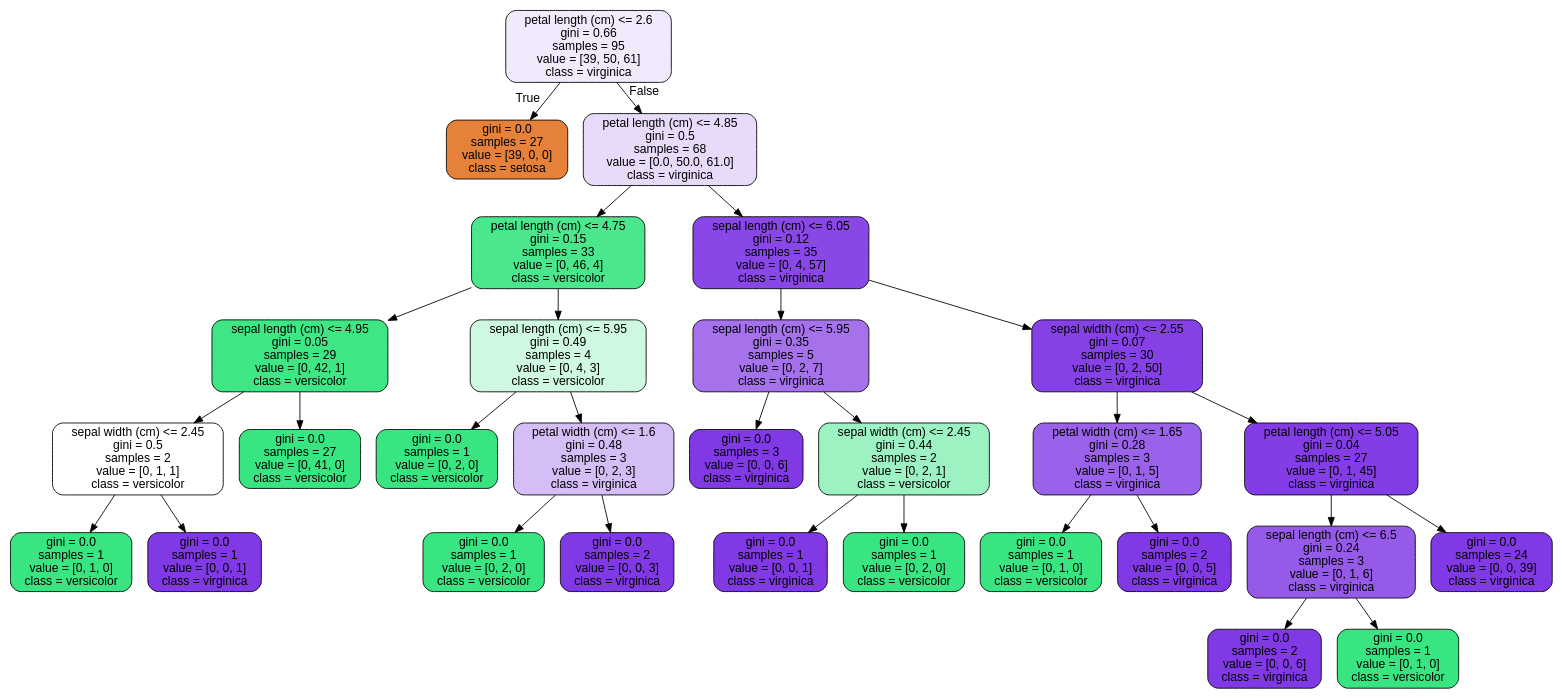
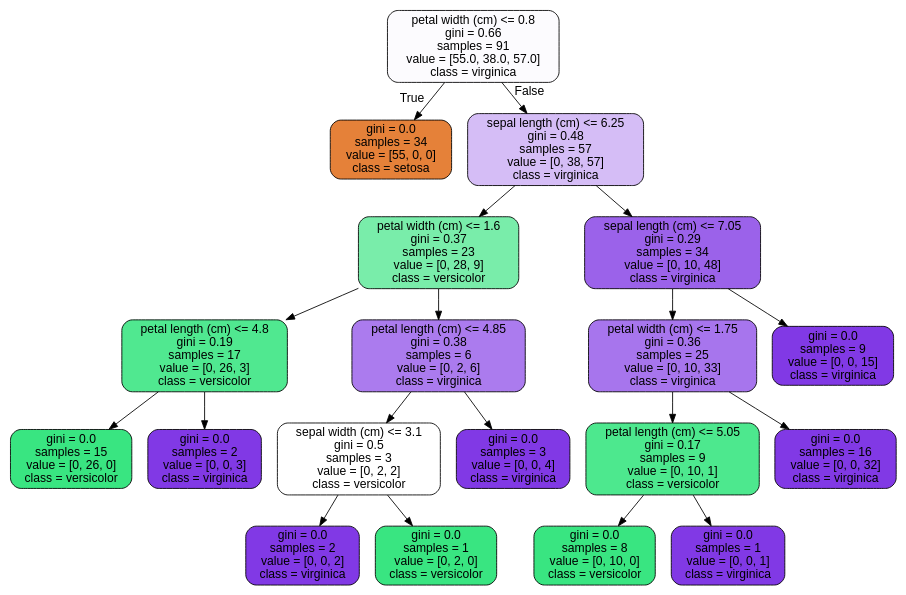
Before and after one commit to blue-santa/sprinboard-data-science-2026: the diagram in 14-supervised-learning/04-ensemble-methods-and-random-forest/tree.dot, drawn with Graphviz. The commit also changed 2 other files, not shown here.

```diff
--- a/14-supervised-learning/04-ensemble-methods-and-random-forest/tree.dot
+++ b/14-supervised-learning/04-ensemble-methods-and-random-forest/tree.dot
@@ -1,61 +1,41 @@
 digraph Tree {
 node [shape=box, style="filled, rounded", color="black", fontname="helvetica"] ;
 edge [fontname="helvetica"] ;
-0 [label="petal length (cm) <= 2.6\ngini = 0.66\nsamples = 95\nvalue = [39, 50, 61]\nclass = virginica", fillcolor="#f1e9fc"] ;
-1 [label="gini = 0.0\nsamples = 27\nvalue = [39, 0, 0]\nclass = setosa", fillcolor="#e58139"] ;
+0 [label="petal width (cm) <= 0.8\ngini = 0.66\nsamples = 91\nvalue = [55.0, 38.0, 57.0]\nclass = virginica", fillcolor="#fcfbfe"] ;
+1 [label="gini = 0.0\nsamples = 34\nvalue = [55, 0, 0]\nclass = setosa", fillcolor="#e58139"] ;
 0 -> 1 [labeldistance=2.5, labelangle=45, headlabel="True"] ;
-2 [label="petal length (cm) <= 4.85\ngini = 0.5\nsamples = 68\nvalue = [0.0, 50.0, 61.0]\nclass = virginica", fillcolor="#e8dbfa"] ;
+2 [label="sepal length (cm) <= 6.25\ngini = 0.48\nsamples = 57\nvalue = [0, 38, 57]\nclass = virginica", fillcolor="#d5bdf6"] ;
 0 -> 2 [labeldistance=2.5, labelangle=-45, headlabel="False"] ;
-3 [label="petal length (cm) <= 4.75\ngini = 0.15\nsamples = 33\nvalue = [0, 46, 4]\nclass = versicolor", fillcolor="#4ae78c"] ;
+3 [label="petal width (cm) <= 1.6\ngini = 0.37\nsamples = 23\nvalue = [0, 28, 9]\nclass = versicolor", fillcolor="#79edaa"] ;
 2 -> 3 ;
-4 [label="sepal length (cm) <= 4.95\ngini = 0.05\nsamples = 29\nvalue = [0, 42, 1]\nclass = versicolor", fillcolor="#3ee684"] ;
+4 [label="petal length (cm) <= 4.8\ngini = 0.19\nsamples = 17\nvalue = [0, 26, 3]\nclass = versicolor", fillcolor="#50e890"] ;
 3 -> 4 ;
-5 [label="sepal width (cm) <= 2.45\ngini = 0.5\nsamples = 2\nvalue = [0, 1, 1]\nclass = versicolor", fillcolor="#ffffff"] ;
+5 [label="gini = 0.0\nsamples = 15\nvalue = [0, 26, 0]\nclass = versicolor", fillcolor="#39e581"] ;
 4 -> 5 ;
-6 [label="gini = 0.0\nsamples = 1\nvalue = [0, 1, 0]\nclass = versicolor", fillcolor="#39e581"] ;
-5 -> 6 ;
-7 [label="gini = 0.0\nsamples = 1\nvalue = [0, 0, 1]\nclass = virginica", fillcolor="#8139e5"] ;
-5 -> 7 ;
-8 [label="gini = 0.0\nsamples = 27\nvalue = [0, 41, 0]\nclass = versicolor", fillcolor="#39e581"] ;
-4 -> 8 ;
-9 [label="sepal length (cm) <= 5.95\ngini = 0.49\nsamples = 4\nvalue = [0, 4, 3]\nclass = versicolor", fillcolor="#cef8e0"] ;
-3 -> 9 ;
+6 [label="gini = 0.0\nsamples = 2\nvalue = [0, 0, 3]\nclass = virginica", fillcolor="#8139e5"] ;
+4 -> 6 ;
+7 [label="petal length (cm) <= 4.85\ngini = 0.38\nsamples = 6\nvalue = [0, 2, 6]\nclass = virginica", fillcolor="#ab7bee"] ;
+3 -> 7 ;
+8 [label="sepal width (cm) <= 3.1\ngini = 0.5\nsamples = 3\nvalue = [0, 2, 2]\nclass = versicolor", fillcolor="#ffffff"] ;
+7 -> 8 ;
+9 [label="gini = 0.0\nsamples = 2\nvalue = [0, 0, 2]\nclass = virginica", fillcolor="#8139e5"] ;
+8 -> 9 ;
 10 [label="gini = 0.0\nsamples = 1\nvalue = [0, 2, 0]\nclass = versicolor", fillcolor="#39e581"] ;
-9 -> 10 ;
-11 [label="petal width (cm) <= 1.6\ngini = 0.48\nsamples = 3\nvalue = [0, 2, 3]\nclass = virginica", fillcolor="#d5bdf6"] ;
-9 -> 11 ;
-12 [label="gini = 0.0\nsamples = 1\nvalue = [0, 2, 0]\nclass = versicolor", fillcolor="#39e581"] ;
-11 -> 12 ;
-13 [label="gini = 0.0\nsamples = 2\nvalue = [0, 0, 3]\nclass = virginica", fillcolor="#8139e5"] ;
-11 -> 13 ;
-14 [label="sepal length (cm) <= 6.05\ngini = 0.12\nsamples = 35\nvalue = [0, 4, 57]\nclass = virginica", fillcolor="#8a47e7"] ;
-2 -> 14 ;
-15 [label="sepal length (cm) <= 5.95\ngini = 0.35\nsamples = 5\nvalue = [0, 2, 7]\nclass = virginica", fillcolor="#a572ec"] ;
+8 -> 10 ;
+11 [label="gini = 0.0\nsamples = 3\nvalue = [0, 0, 4]\nclass = virginica", fillcolor="#8139e5"] ;
+7 -> 11 ;
+12 [label="sepal length (cm) <= 7.05\ngini = 0.29\nsamples = 34\nvalue = [0, 10, 48]\nclass = virginica", fillcolor="#9b62ea"] ;
+2 -> 12 ;
+13 [label="petal width (cm) <= 1.75\ngini = 0.36\nsamples = 25\nvalue = [0, 10, 33]\nclass = virginica", fillcolor="#a775ed"] ;
+12 -> 13 ;
+14 [label="petal length (cm) <= 5.05\ngini = 0.17\nsamples = 9\nvalue = [0, 10, 1]\nclass = versicolor", fillcolor="#4de88e"] ;
+13 -> 14 ;
+15 [label="gini = 0.0\nsamples = 8\nvalue = [0, 10, 0]\nclass = versicolor", fillcolor="#39e581"] ;
 14 -> 15 ;
-16 [label="gini = 0.0\nsamples = 3\nvalue = [0, 0, 6]\nclass = virginica", fillcolor="#8139e5"] ;
-15 -> 16 ;
-17 [label="sepal width (cm) <= 2.45\ngini = 0.44\nsamples = 2\nvalue = [0, 2, 1]\nclass = versicolor", fillcolor="#9cf2c0"] ;
-15 -> 17 ;
-18 [label="gini = 0.0\nsamples = 1\nvalue = [0, 0, 1]\nclass = virginica", fillcolor="#8139e5"] ;
-17 -> 18 ;
-19 [label="gini = 0.0\nsamples = 1\nvalue = [0, 2, 0]\nclass = versicolor", fillcolor="#39e581"] ;
-17 -> 19 ;
-20 [label="sepal width (cm) <= 2.55\ngini = 0.07\nsamples = 30\nvalue = [0, 2, 50]\nclass = virginica", fillcolor="#8641e6"] ;
-14 -> 20 ;
-21 [label="petal width (cm) <= 1.65\ngini = 0.28\nsamples = 3\nvalue = [0, 1, 5]\nclass = virginica", fillcolor="#9a61ea"] ;
-20 -> 21 ;
-22 [label="gini = 0.0\nsamples = 1\nvalue = [0, 1, 0]\nclass = versicolor", fillcolor="#39e581"] ;
-21 -> 22 ;
-23 [label="gini = 0.0\nsamples = 2\nvalue = [0, 0, 5]\nclass = virginica", fillcolor="#8139e5"] ;
-21 -> 23 ;
-24 [label="petal length (cm) <= 5.05\ngini = 0.04\nsamples = 27\nvalue = [0, 1, 45]\nclass = virginica", fillcolor="#843de6"] ;
-20 -> 24 ;
-25 [label="sepal length (cm) <= 6.5\ngini = 0.24\nsamples = 3\nvalue = [0, 1, 6]\nclass = virginica", fillcolor="#965ae9"] ;
-24 -> 25 ;
-26 [label="gini = 0.0\nsamples = 2\nvalue = [0, 0, 6]\nclass = virginica", fillcolor="#8139e5"] ;
-25 -> 26 ;
-27 [label="gini = 0.0\nsamples = 1\nvalue = [0, 1, 0]\nclass = versicolor", fillcolor="#39e581"] ;
-25 -> 27 ;
-28 [label="gini = 0.0\nsamples = 24\nvalue = [0, 0, 39]\nclass = virginica", fillcolor="#8139e5"] ;
-24 -> 28 ;
+16 [label="gini = 0.0\nsamples = 1\nvalue = [0, 0, 1]\nclass = virginica", fillcolor="#8139e5"] ;
+14 -> 16 ;
+17 [label="gini = 0.0\nsamples = 16\nvalue = [0, 0, 32]\nclass = virginica", fillcolor="#8139e5"] ;
+13 -> 17 ;
+18 [label="gini = 0.0\nsamples = 9\nvalue = [0, 0, 15]\nclass = virginica", fillcolor="#8139e5"] ;
+12 -> 18 ;
 }
```
